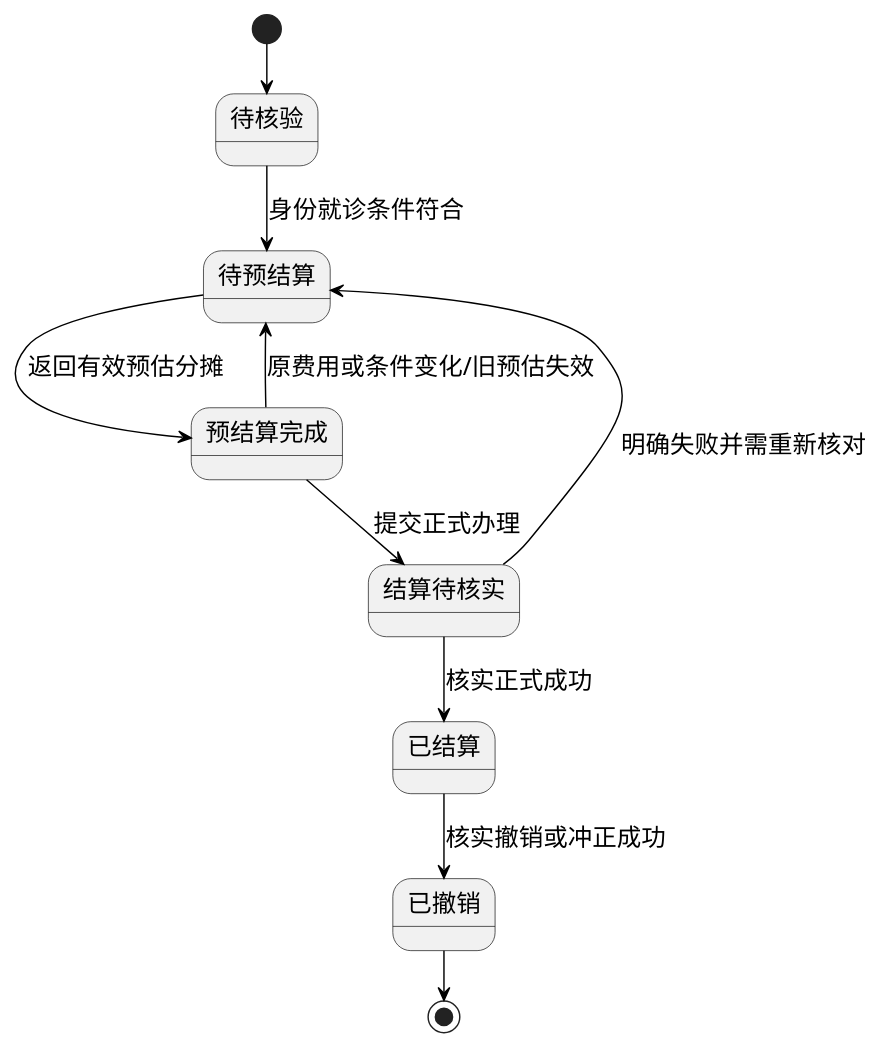
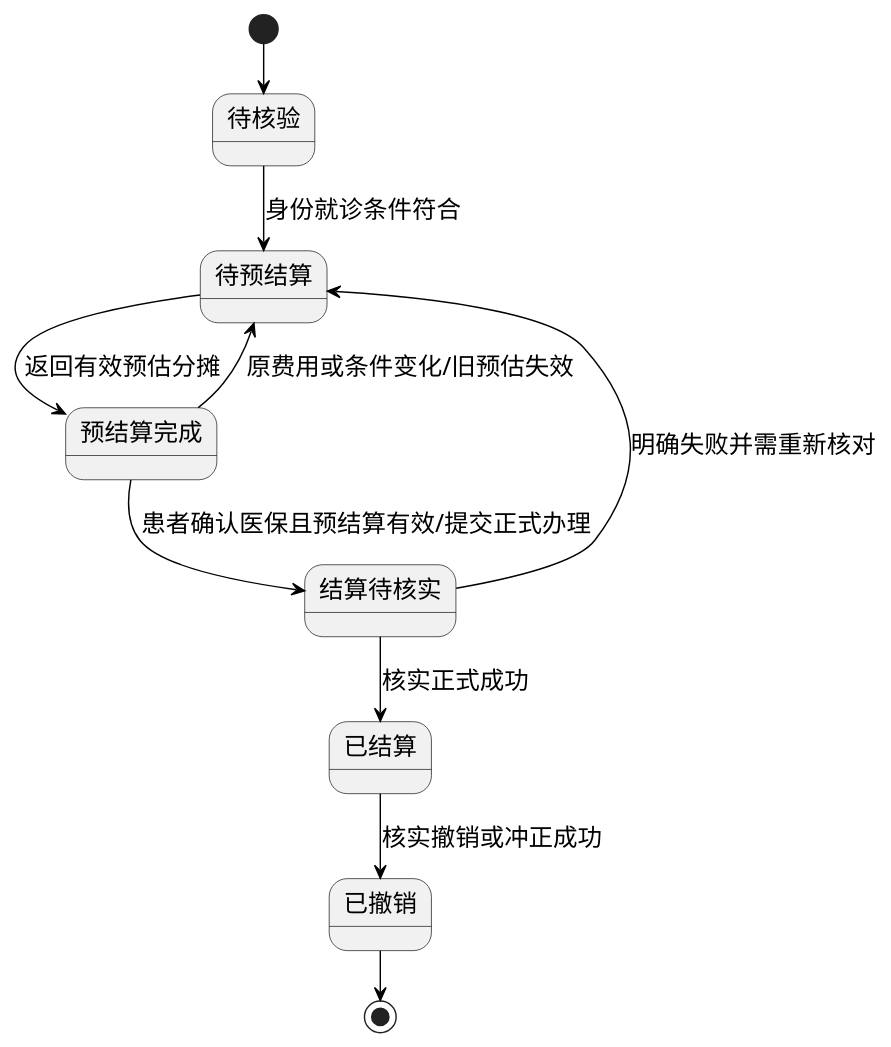
The diagram in 01-需求文档/diagrams/integrated-20261019/state-insurance.puml (Shawmc-creator/systemAnalyseAndDesign), drawn with PlantUML before and after one commit. The commit also changed 53 other files, not shown here.

```diff
--- a/01-需求文档/diagrams/integrated-20261019/state-insurance.puml
+++ b/01-需求文档/diagrams/integrated-20261019/state-insurance.puml
@@ -1,27 +1,27 @@
 @startuml
 skinparam backgroundColor white
 skinparam shadowing false
 skinparam defaultFontName SimSun
 skinparam defaultFontSize 17
 skinparam ArrowColor black
 skinparam ClassBackgroundColor white
 skinparam ActorBackgroundColor white
 skinparam BoundaryBackgroundColor white
 skinparam ControlBackgroundColor white
 skinparam EntityBackgroundColor white
 skinparam NoteBackgroundColor white
 skinparam NoteBorderColor black
 skinparam classAttributeIconSize 0
 skinparam nodesep 24
 skinparam ranksep 34
 top to bottom direction
 [*] --> 待核验
 待核验 --> 待预结算 : 身份就诊条件符合
 待预结算 --> 预结算完成 : 返回有效预估分摊
 预结算完成 --> 待预结算 : 原费用或条件变化/旧预估失效
-预结算完成 --> 结算待核实 : 提交正式办理
+预结算完成 --> 结算待核实 : 患者确认医保且预结算有效/提交正式办理
 结算待核实 --> 已结算 : 核实正式成功
 结算待核实 --> 待预结算 : 明确失败并需重新核对
 已结算 --> 已撤销 : 核实撤销或冲正成功
 已撤销 --> [*]
 @enduml
```
